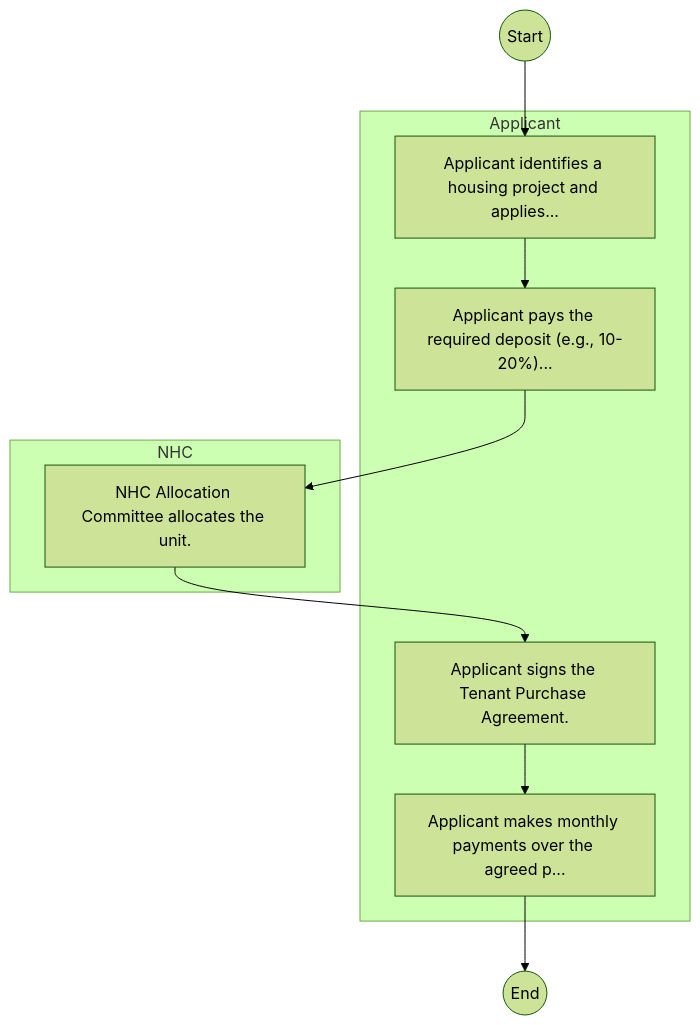
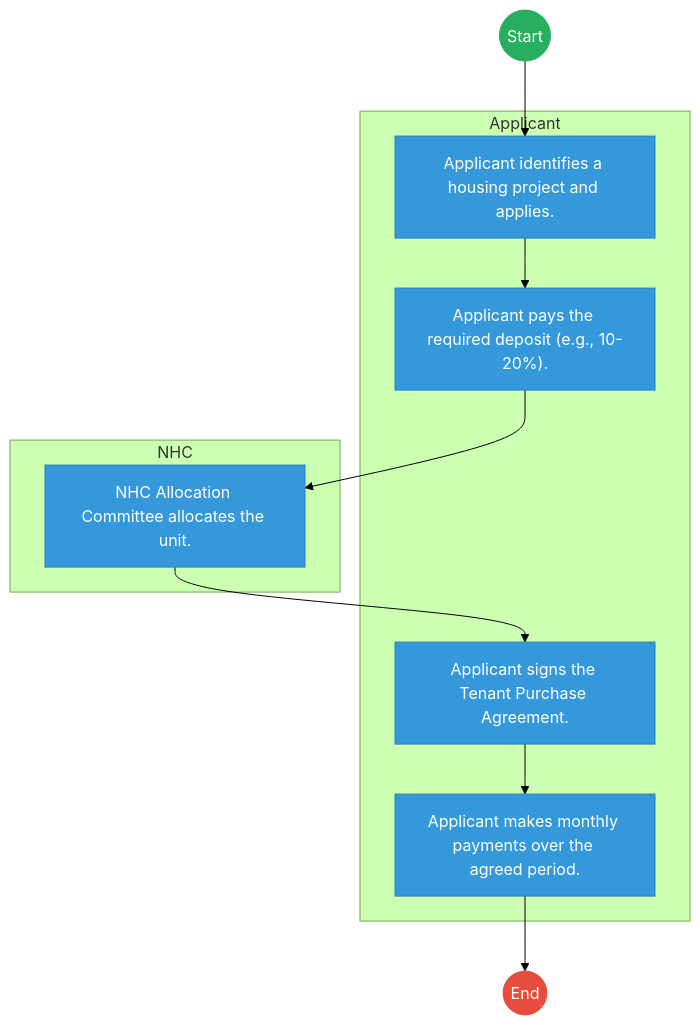
One commit to BITZ-IT-Consulting-LTD/ictapoc changed the first of 2 diagrams in mdas/docs_final/National_Housing_Corporation___Service_Delivery.md. Above: the diagram before and after it, drawn with Mermaid (forest theme). The commit also changed other lines of this file and 461 other files, not shown here.

````diff
--- a/mdas/docs_final/National_Housing_Corporation___Service_Delivery.md
+++ b/mdas/docs_final/National_Housing_Corporation___Service_Delivery.md
@@ -20,18 +20,29 @@
 ```mermaid
 graph TD
     Start((Start)) --> S1
+
     subgraph Applicant [Applicant]
-        S1["Applicant identifies a housing project and applies..."]
-        S2["Applicant pays the required deposit (e.g., 10-20%)..."]
+        S1["Applicant identifies a housing project and applies."]
+        S2["Applicant pays the required deposit (e.g., 10-20%)."]
         S4["Applicant signs the Tenant Purchase Agreement."]
-        S5["Applicant makes monthly payments over the agreed p..."]
+        S5["Applicant makes monthly payments over the agreed period."]
     end
+
     subgraph NHC [NHC]
         S3["NHC Allocation Committee allocates the unit."]
     end
     S1 --> S2
     S2 --> S3
     S3 --> S4
     S4 --> S5
     S5 --> End((End))
+
+    classDef start fill:#27ae60,stroke:#27ae60,color:#fff;
+    classDef endNode fill:#e74c3c,stroke:#e74c3c,color:#fff;
+    classDef userTask fill:#3498db,stroke:#2980b9,color:#fff;
+    classDef serviceTask fill:#9b59b6,stroke:#8e44ad,color:#fff;
+
+    class Start start;
+    class End endNode;
+    class S1,S2,S3,S4,S5 userTask;
 ```
````
